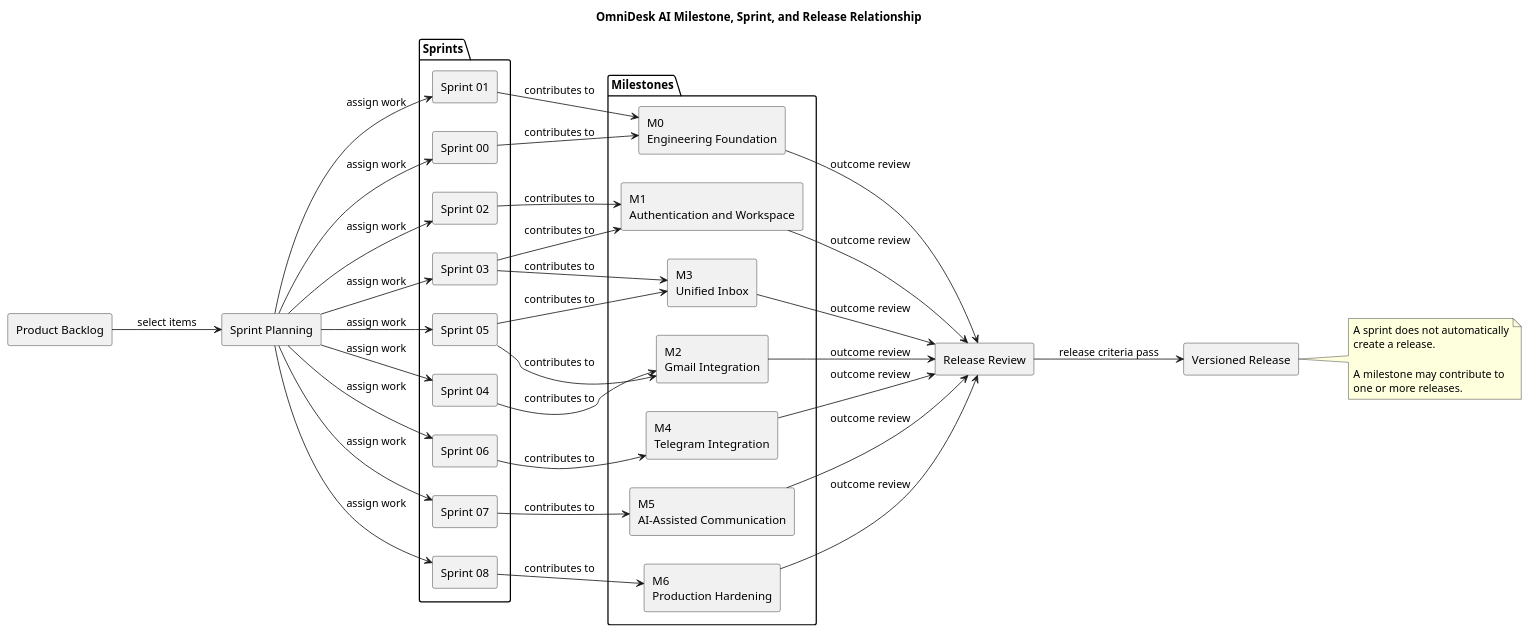
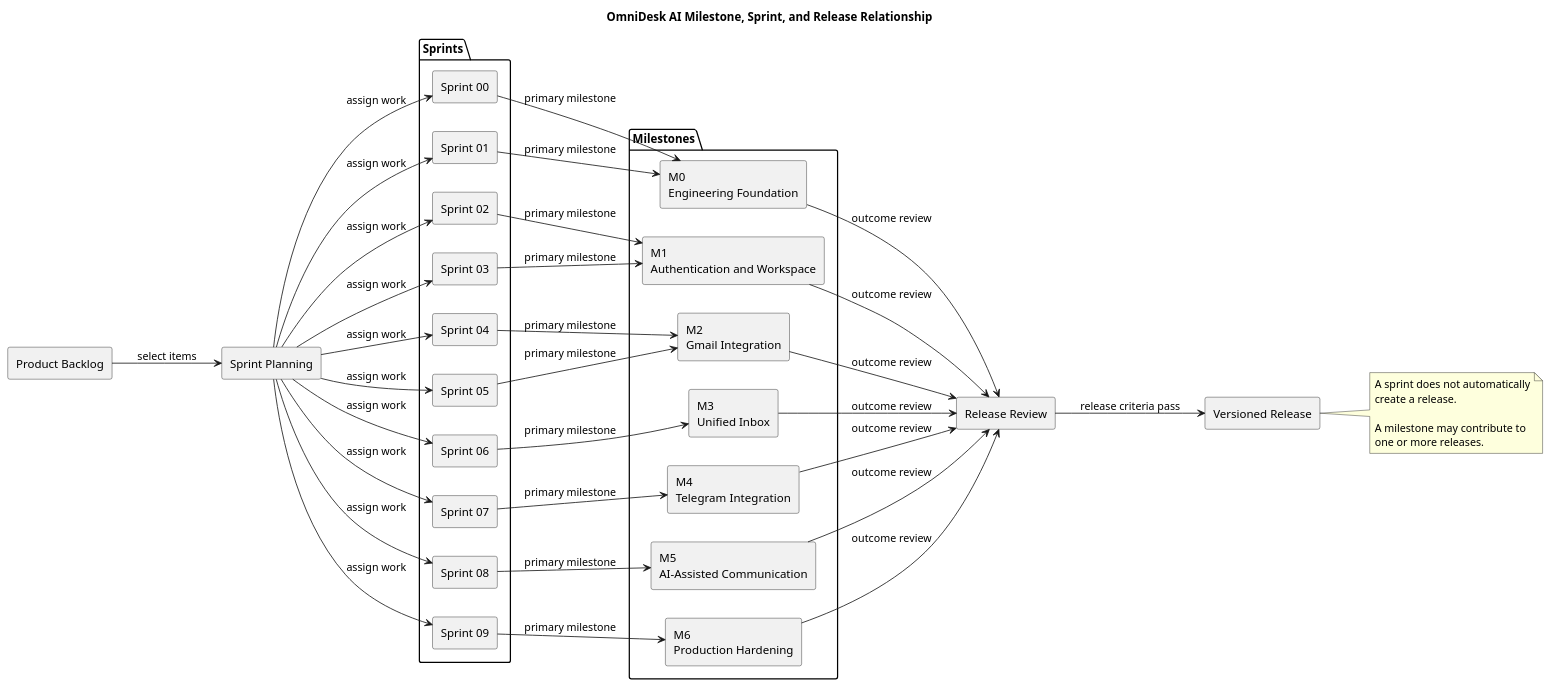
The diagram in docs/project-management/diagrams/milestone-sprint-release-relationship.puml (Farhad-Valizadegan/Web-OmniDesk), drawn with PlantUML before and after one commit. The commit also changed 1 other file, not shown here.

Commit message:
docs: align diagram sources with normalized roadmap

```diff
--- a/docs/project-management/diagrams/milestone-sprint-release-relationship.puml
+++ b/docs/project-management/diagrams/milestone-sprint-release-relationship.puml
@@ -1,77 +1,78 @@
 @startuml
 title OmniDesk AI Milestone, Sprint, and Release Relationship
 
 left to right direction
 skinparam componentStyle rectangle
 
 rectangle "Product Backlog" as Backlog
 rectangle "Sprint Planning" as Planning
 
 package "Milestones" {
   rectangle "M0\nEngineering Foundation" as M0
   rectangle "M1\nAuthentication and Workspace" as M1
   rectangle "M2\nGmail Integration" as M2
   rectangle "M3\nUnified Inbox" as M3
   rectangle "M4\nTelegram Integration" as M4
   rectangle "M5\nAI-Assisted Communication" as M5
   rectangle "M6\nProduction Hardening" as M6
 }
 
 package "Sprints" {
   rectangle "Sprint 00" as S00
   rectangle "Sprint 01" as S01
   rectangle "Sprint 02" as S02
   rectangle "Sprint 03" as S03
   rectangle "Sprint 04" as S04
   rectangle "Sprint 05" as S05
   rectangle "Sprint 06" as S06
   rectangle "Sprint 07" as S07
   rectangle "Sprint 08" as S08
+  rectangle "Sprint 09" as S09
 }
 
 rectangle "Release Review" as Review
 rectangle "Versioned Release" as Release
 
 Backlog --> Planning : select items
 
 Planning --> S00 : assign work
 Planning --> S01 : assign work
 Planning --> S02 : assign work
 Planning --> S03 : assign work
 Planning --> S04 : assign work
 Planning --> S05 : assign work
 Planning --> S06 : assign work
 Planning --> S07 : assign work
 Planning --> S08 : assign work
+Planning --> S09 : assign work
 
-S00 --> M0 : contributes to
-S01 --> M0 : contributes to
-S02 --> M1 : contributes to
-S03 --> M1 : contributes to
-S03 --> M3 : contributes to
-S04 --> M2 : contributes to
-S05 --> M2 : contributes to
-S05 --> M3 : contributes to
-S06 --> M4 : contributes to
-S07 --> M5 : contributes to
-S08 --> M6 : contributes to
+S00 --> M0 : primary milestone
+S01 --> M0 : primary milestone
+S02 --> M1 : primary milestone
+S03 --> M1 : primary milestone
+S04 --> M2 : primary milestone
+S05 --> M2 : primary milestone
+S06 --> M3 : primary milestone
+S07 --> M4 : primary milestone
+S08 --> M5 : primary milestone
+S09 --> M6 : primary milestone
 
 M0 --> Review : outcome review
 M1 --> Review : outcome review
 M2 --> Review : outcome review
 M3 --> Review : outcome review
 M4 --> Review : outcome review
 M5 --> Review : outcome review
 M6 --> Review : outcome review
 
 Review --> Release : release criteria pass
 
 note right of Release
 A sprint does not automatically
 create a release.
 
 A milestone may contribute to
 one or more releases.
 end note
 
 @enduml
```
